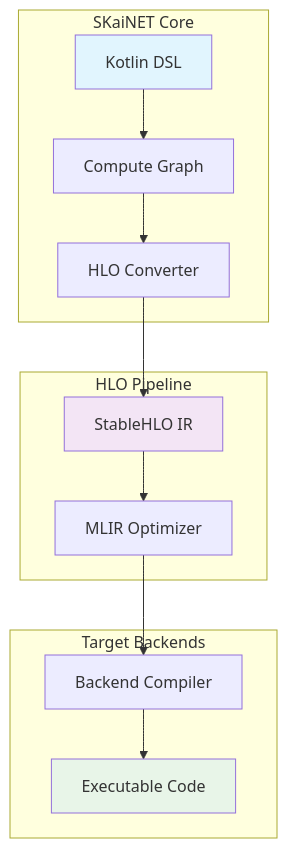
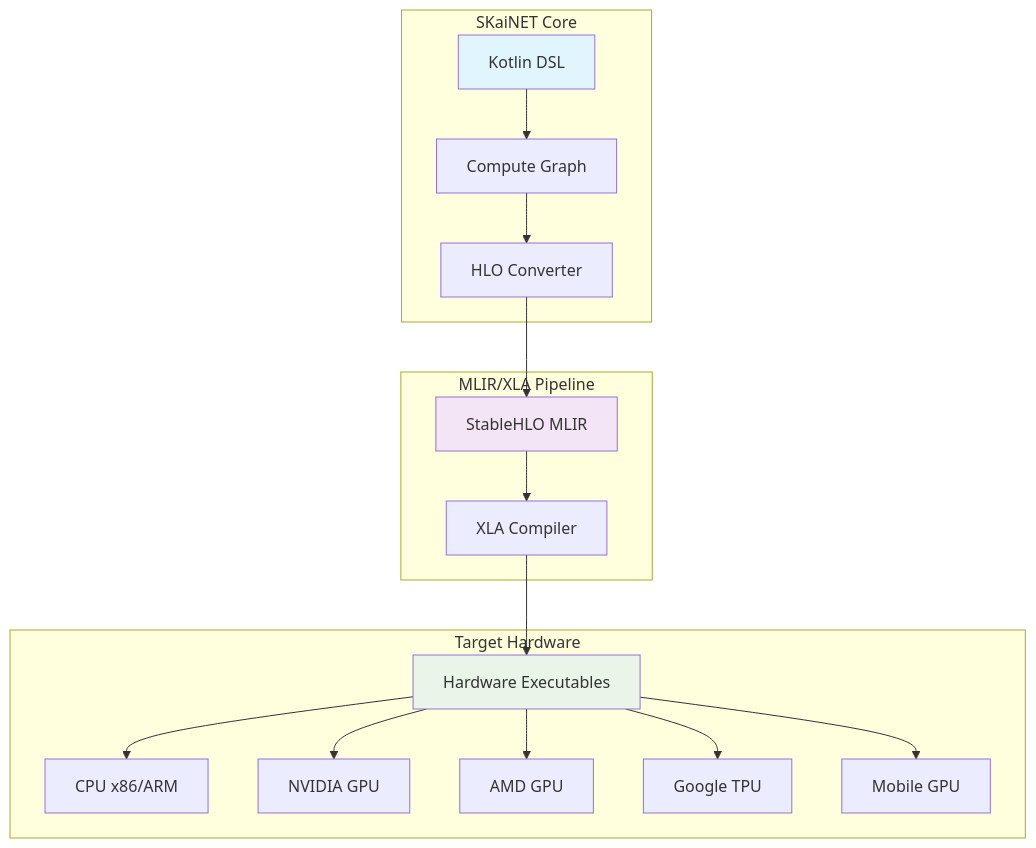
One commit to SKaiNET-developers/SKaiNET changed the first of 3 diagrams in docs/hlo-getting-started.md. Above: the diagram before and after it, drawn with Mermaid. The commit also changed other lines of this file and 4 other files, not shown here.

````diff
--- a/docs/hlo-getting-started.md
+++ b/docs/hlo-getting-started.md
@@ -18,29 +31,31 @@
 ```mermaid
 graph TD
     A[Kotlin DSL] --> B[Compute Graph]
     B --> C[HLO Converter]
-    C --> D[StableHLO IR]
-    D --> E[MLIR Optimizer]
-    E --> F[Backend Compiler]
-    F --> G[Executable Code]
+    C --> D[StableHLO MLIR]
+    D --> E[XLA Compiler]
+    E --> F[Hardware Executables]
     
     subgraph "SKaiNET Core"
         A
         B
         C
     end
     
-    subgraph "HLO Pipeline"
+    subgraph "MLIR/XLA Pipeline"
         D
         E
     end
     
-    subgraph "Target Backends"
-        F
-        G
+    subgraph "Target Hardware"
+        F --> G[CPU x86/ARM]
+        F --> H[NVIDIA GPU]
+        F --> I[AMD GPU]
+        F --> J[Google TPU]
+        F --> K[Mobile GPU]
     end
     
     style A fill:#e1f5fe
     style D fill:#f3e5f5
-    style G fill:#e8f5e8
+    style F fill:#e8f5e8
 ```
````
